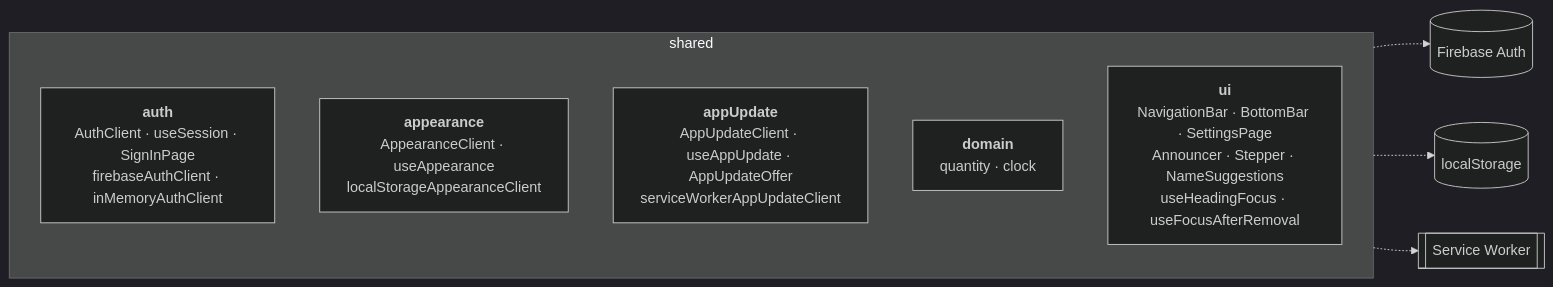
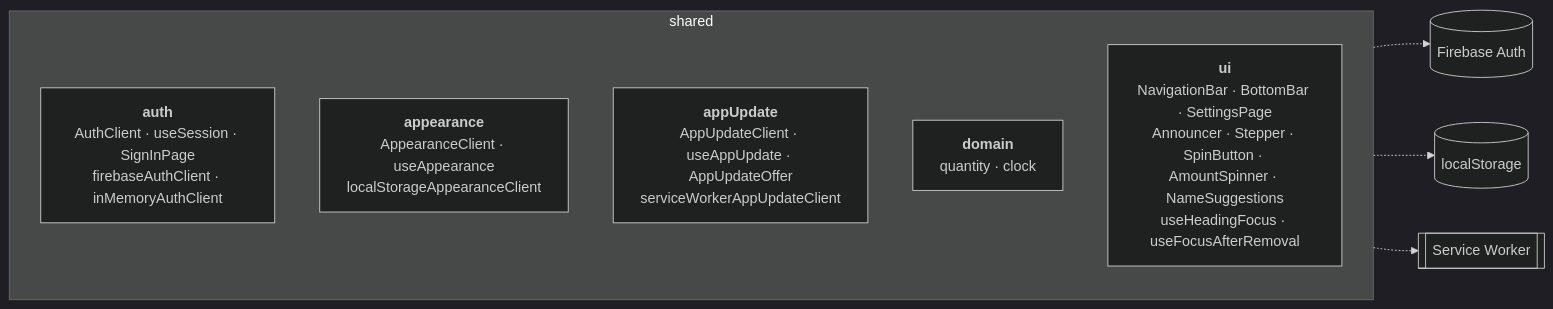
One commit to burnyWes/Mahlzeiten-Planer changed the fifth of 5 diagrams in docs/architektur/05-bausteinsicht.md. Above: the diagram before and after it, drawn with Mermaid (dark theme). The commit also changed other lines of this file and 13 other files, not shown here.

First line of the commit message:
MZP-040 > feat: step the count of a supply with a spin button

````diff
--- a/docs/architektur/05-bausteinsicht.md
+++ b/docs/architektur/05-bausteinsicht.md
@@ -200,15 +200,15 @@
 ```mermaid
 flowchart LR
     subgraph shared["shared"]
         direction TB
         auth["<b>auth</b><br/>AuthClient · useSession · SignInPage<br/>firebaseAuthClient · inMemoryAuthClient"]
         appearance["<b>appearance</b><br/>AppearanceClient · useAppearance<br/>localStorageAppearanceClient"]
         appUpdate["<b>appUpdate</b><br/>AppUpdateClient · useAppUpdate · AppUpdateOffer<br/>serviceWorkerAppUpdateClient"]
         sdomain["<b>domain</b><br/>quantity · clock"]
-        sui["<b>ui</b><br/>NavigationBar · BottomBar · SettingsPage<br/>Announcer · Stepper · NameSuggestions<br/>useHeadingFocus · useFocusAfterRemoval"]
+        sui["<b>ui</b><br/>NavigationBar · BottomBar · SettingsPage<br/>Announcer · Stepper · SpinButton · AmountSpinner · NameSuggestions<br/>useHeadingFocus · useFocusAfterRemoval"]
     end
 
     auth -.-> fbauth[("Firebase Auth")]
     appearance -.-> ls[("localStorage")]
     appUpdate -.-> sw[["Service Worker"]]
 ```
````
